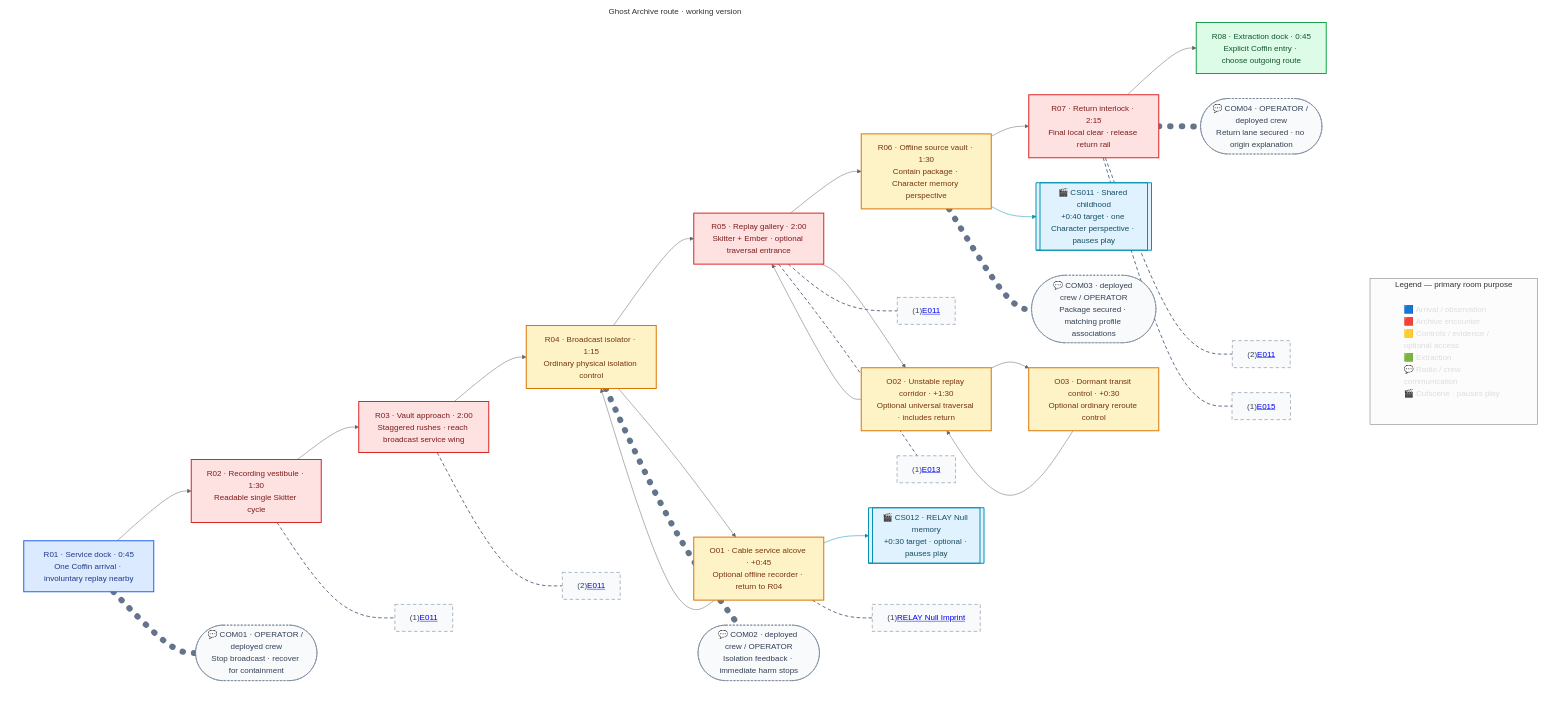
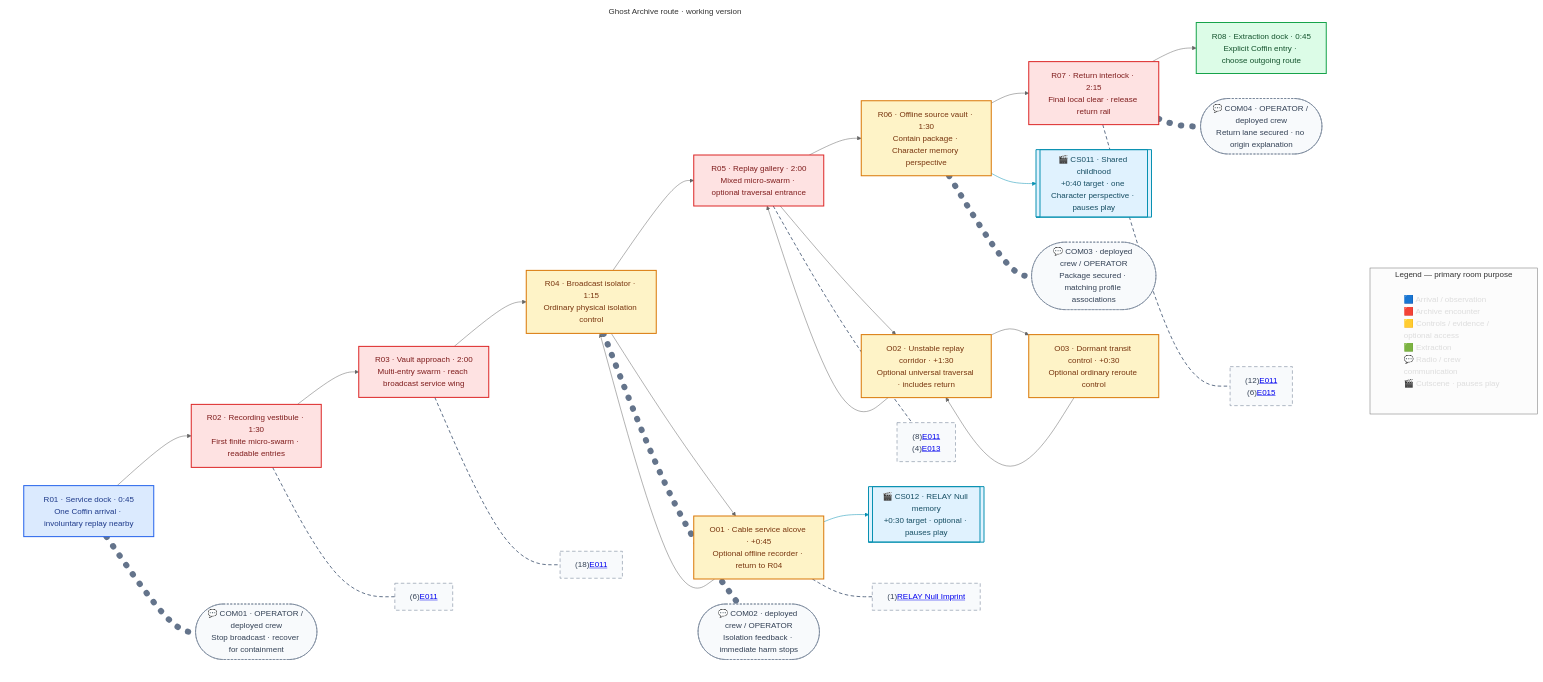
Before and after one commit to justgook/imprint-zero: the diagram in missions/ma01.md, drawn with Mermaid (neutral theme). The commit also changed other lines of this file and 24 other files, not shown here.

Commit message:
🎨(b03): correct micro-swarm scale and gameplay framing

````diff
--- a/missions/ma01.md
+++ b/missions/ma01.md
@@ -39,61 +39,59 @@
 ```mermaid
 flowchart TB
     subgraph Legend[Legend — primary room purpose]
         L["🟦 Arrival / observation<br/>🟥 Archive encounter<br/>🟨 Controls / evidence / optional access<br/>🟩 Extraction<br/>💬 Radio / crew communication<br/>🎬 Cutscene · pauses play"]
     end
     subgraph Route[Ghost Archive route · working version]
         direction LR
-        R01["R01 · Service dock · 0:45<br/>One Coffin arrival · involuntary replay nearby"] --> R02["R02 · Recording vestibule · 1:30<br/>Readable single Skitter cycle"]
-        R02 --> R03["R03 · Vault approach · 2:00<br/>Staggered rushes · reach broadcast service wing"]
+        R01["R01 · Service dock · 0:45<br/>One Coffin arrival · involuntary replay nearby"] --> R02["R02 · Recording vestibule · 1:30<br/>First finite micro-swarm · readable entries"]
+        R02 --> R03["R03 · Vault approach · 2:00<br/>Multi-entry swarm · reach broadcast service wing"]
         R03 --> R04["R04 · Broadcast isolator · 1:15<br/>Ordinary physical isolation control"]
-        R04 --> R05["R05 · Replay gallery · 2:00<br/>Skitter + Ember · optional traversal entrance"]
+        R04 --> R05["R05 · Replay gallery · 2:00<br/>Mixed micro-swarm · optional traversal entrance"]
         R05 --> R06["R06 · Offline source vault · 1:30<br/>Contain package · Character memory perspective"]
         R06 --> R07["R07 · Return interlock · 2:15<br/>Final local clear · release return rail"]
         R07 --> R08["R08 · Extraction dock · 0:45<br/>Explicit Coffin entry · choose outgoing route"]
 
         R04 --> O01["O01 · Cable service alcove · +0:45<br/>Optional offline recorder · return to R04"]
         O01 --> R04
         R05 --> O02["O02 · Unstable replay corridor · +1:30<br/>Optional universal traversal · includes return"]
         O02 --> O03["O03 · Dormant transit control · +0:30<br/>Optional ordinary reroute control"]
         O03 --> O02
         O02 --> R05
 
         R06 --> CS011[["🎬 CS011 · Shared childhood<br/>+0:40 target · one Character perspective · pauses play"]]
         O01 --> CS012[["🎬 CS012 · RELAY Null memory<br/>+0:30 target · optional · pauses play"]]
         click CS011 href "#/cutscenes/cs011"
         click CS012 href "#/cutscenes/cs012"
 
         R01 -.- COM01(["💬 COM01 · OPERATOR / deployed crew<br/>Stop broadcast · recover for containment"])
         R04 -.- COM02(["💬 COM02 · deployed crew / OPERATOR<br/>Isolation feedback · immediate harm stops"])
         R06 -.- COM03(["💬 COM03 · deployed crew / OPERATOR<br/>Package secured · matching profile associations"])
         R07 -.- COM04(["💬 COM04 · OPERATOR / deployed crew<br/>Return lane secured · no origin explanation"])
 
-        R02 -.- C02["(1)<a href='#/enemies/e011'>E011</a>"]
-        R03 -.- C03["(2)<a href='#/enemies/e011'>E011</a>"]
-        R05 -.- C05S["(1)<a href='#/enemies/e011'>E011</a>"]
-        R05 -.- C05E["(1)<a href='#/enemies/e013'>E013</a>"]
-        R07 -.- C07S["(2)<a href='#/enemies/e011'>E011</a>"]
-        R07 -.- C07A["(1)<a href='#/enemies/e015'>E015</a>"]
+        R02 -.- C02["(6)<a href='#/enemies/e011'>E011</a>"]
+        R03 -.- C03["(18)<a href='#/enemies/e011'>E011</a>"]
+        R05 -.- C05["(8)<a href='#/enemies/e011'>E011</a><br/>(4)<a href='#/enemies/e013'>E013</a>"]
+        R07 -.- C07["(12)<a href='#/enemies/e011'>E011</a><br/>(6)<a href='#/enemies/e015'>E015</a>"]
         O01 -.- CO1["(1)<a href='#/imprints/relay-null'>RELAY Null Imprint</a>"]
     end
     classDef arrival fill:#dbeafe,stroke:#2563eb,color:#1e3a8a,stroke-width:2px;
     classDef combat fill:#fee2e2,stroke:#dc2626,color:#7f1d1d,stroke-width:2px;
     classDef objective fill:#fef3c7,stroke:#d97706,color:#78350f,stroke-width:2px;
     classDef exit fill:#dcfce7,stroke:#16a34a,color:#14532d,stroke-width:2px;
     classDef communication fill:#f8fafc,stroke:#64748b,color:#334155,stroke-width:1px,stroke-dasharray:4 3;
     classDef cutscene fill:#e0f2fe,stroke:#0891b2,color:#164e63,stroke-width:2px;
     classDef roomContent fill:#f8fafc,stroke:#64748b,color:#334155,stroke-width:1px,stroke-dasharray:7 5;
     classDef legend fill:none,stroke:none,color:#ddd,text-align:left;
     class R01 arrival;
     class R02,R03,R05,R07 combat;
     class R04,R06,O01,O02,O03 objective;
     class R08 exit;
     class COM01,COM02,COM03,COM04 communication;
     class CS011,CS012 cutscene;
-    class C02,C03,C05S,C05E,C07S,C07A,CO1 roomContent;
+    class C02,C03,C05,C07,CO1 roomContent;
     class L legend;
     linkStyle 13,14 stroke:#0891b2,stroke-width:1px;
     linkStyle 15,16,17,18 stroke:#64748b,stroke-width:12px,stroke-dasharray:1 22,stroke-linecap:round;
-    linkStyle 19,20,21,22,23,24,25 stroke:#64748b,stroke-width:2px,stroke-dasharray:7 5;
+    linkStyle 19,20,21,22,23 stroke:#64748b,stroke-width:2px,stroke-dasharray:7 5;
     style Route fill:none,stroke:none;
 ```
````
